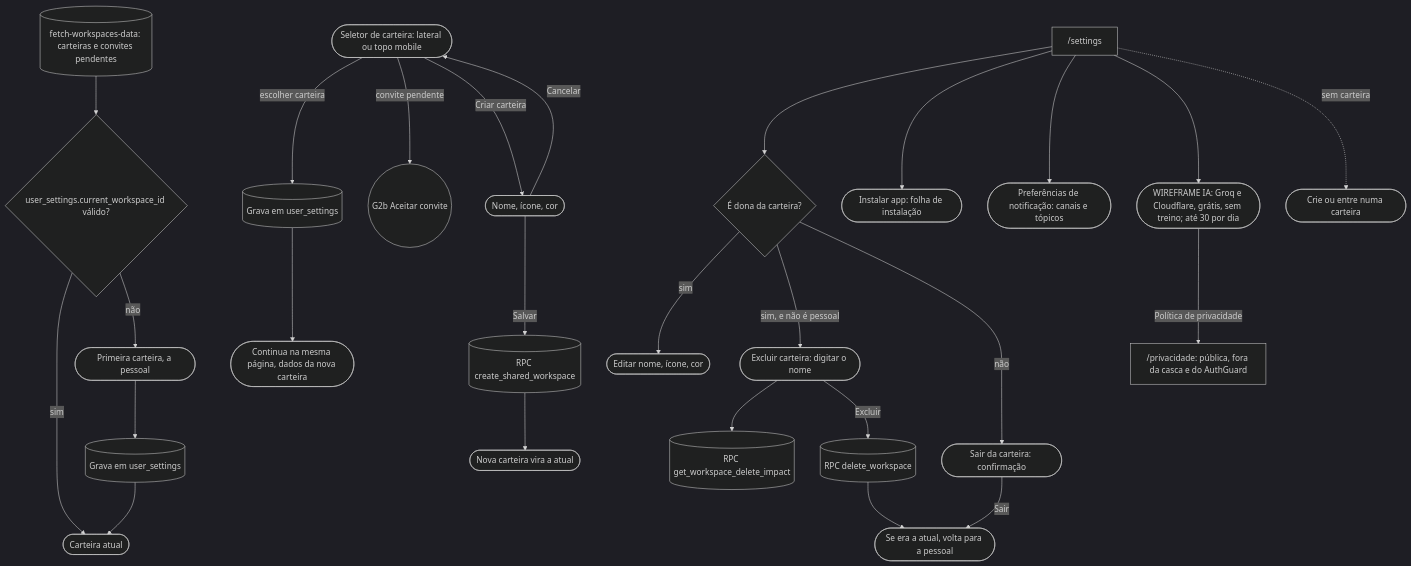
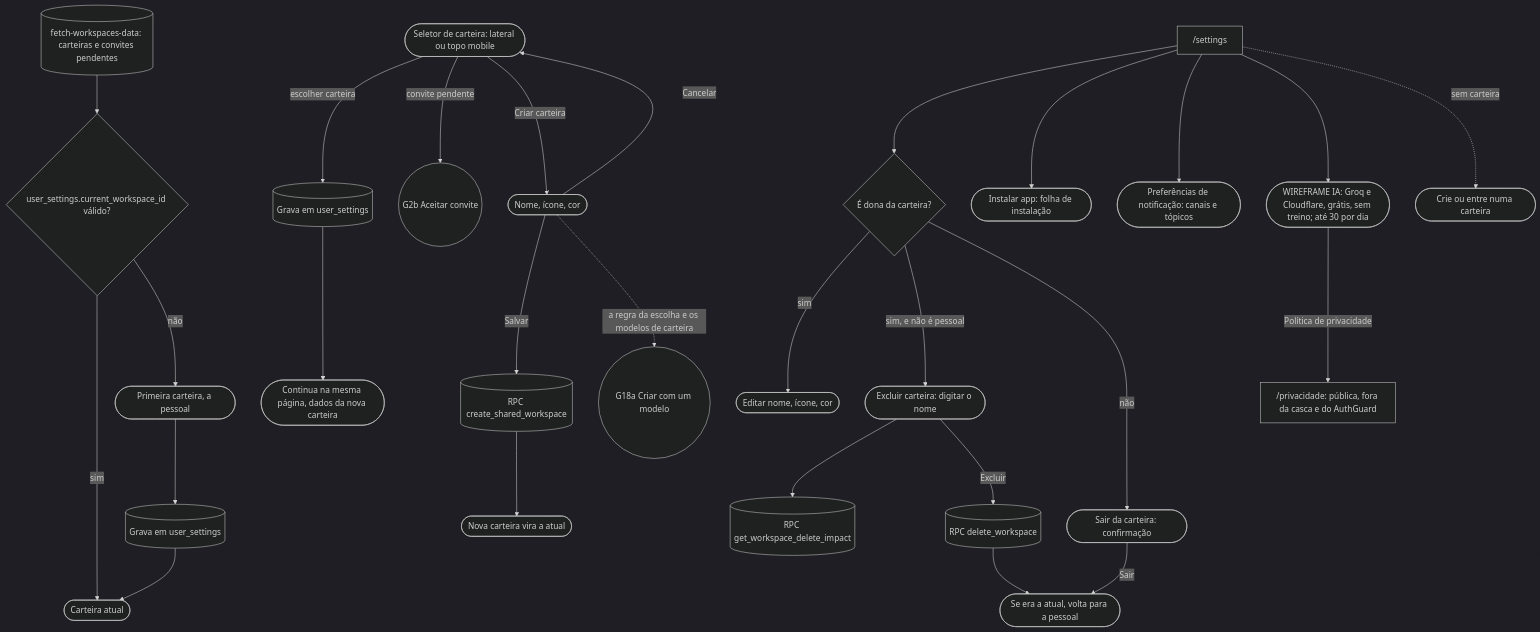
The fourth of 29 diagrams in docs/JORNADAS.md (kauax2000/finance_app), drawn with Mermaid before and after one commit. The commit also changed other lines of this file and 6 other files, not shown here.

````diff
--- a/docs/JORNADAS.md
+++ b/docs/JORNADAS.md
@@ -288,25 +299,26 @@
 ```mermaid
 %%{init: {"theme": "dark"}}%%
 flowchart TD
     load[("fetch-workspaces-data: carteiras e convites pendentes")] --> current{"user_settings.current_workspace_id válido?"}
     current -->|"sim"| use(["Carteira atual"])
     current -->|"não"| first(["Primeira carteira, a pessoal"]) --> save[("Grava em user_settings")] --> use
 
     switcher(["Seletor de carteira: lateral ou topo mobile"]) -->|"escolher carteira"| save2[("Grava em user_settings")] --> same(["Continua na mesma página, dados da nova carteira"])
     switcher -->|"convite pendente"| accept(("G2b Aceitar convite"))
     switcher -->|"Criar carteira"| createDlg(["Nome, ícone, cor"])
     createDlg -->|"Salvar"| createRpc[("RPC create_shared_workspace")] --> newCurrent(["Nova carteira vira a atual"])
     createDlg -->|"Cancelar"| switcher
+    createDlg -.->|"a regra da escolha e os modelos de carteira"| G18a(("G18a Criar com um modelo"))
 
     settings["/settings"] --> owner{"É dona da carteira?"}
     owner -->|"sim"| edit(["Editar nome, ícone, cor"])
     owner -->|"sim, e não é pessoal"| del(["Excluir carteira: digitar o nome"])
     del --> impact[("RPC get_workspace_delete_impact")]
     del -->|"Excluir"| delRpc[("RPC delete_workspace")] --> fallback(["Se era a atual, volta para a pessoal"])
     owner -->|"não"| leave(["Sair da carteira: confirmação"]) -->|"Sair"| fallback
     settings --> pwa(["Instalar app: folha de instalação"])
     settings --> notif(["Preferências de notificação: canais e tópicos"])
     settings --> iaWf(["WIREFRAME IA: Groq e Cloudflare, grátis, sem treino; até 30 por dia"])
     iaWf -->|"Política de privacidade"| privacy["/privacidade: pública, fora da casca e do AuthGuard"]
     settings -.->|"sem carteira"| empty(["Crie ou entre numa carteira"])
 ```
````
